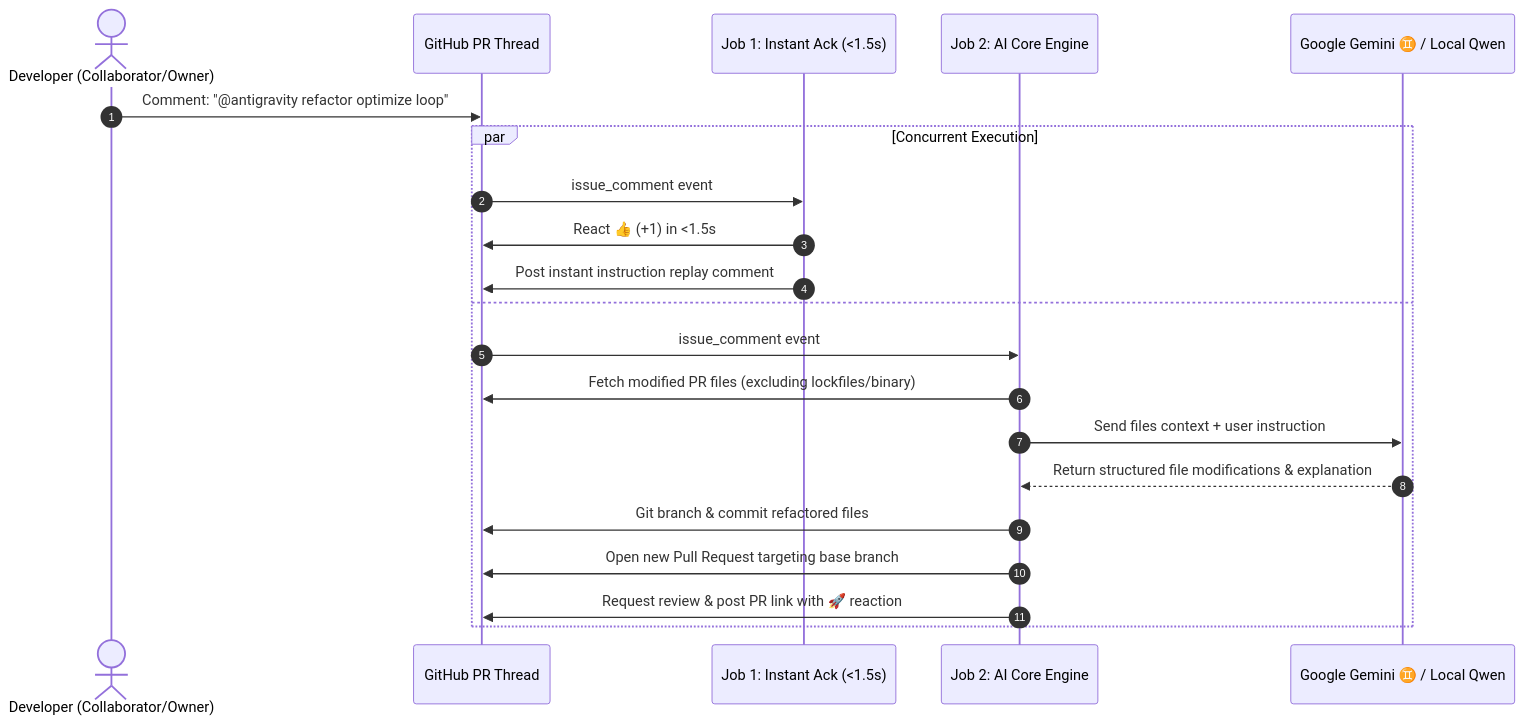
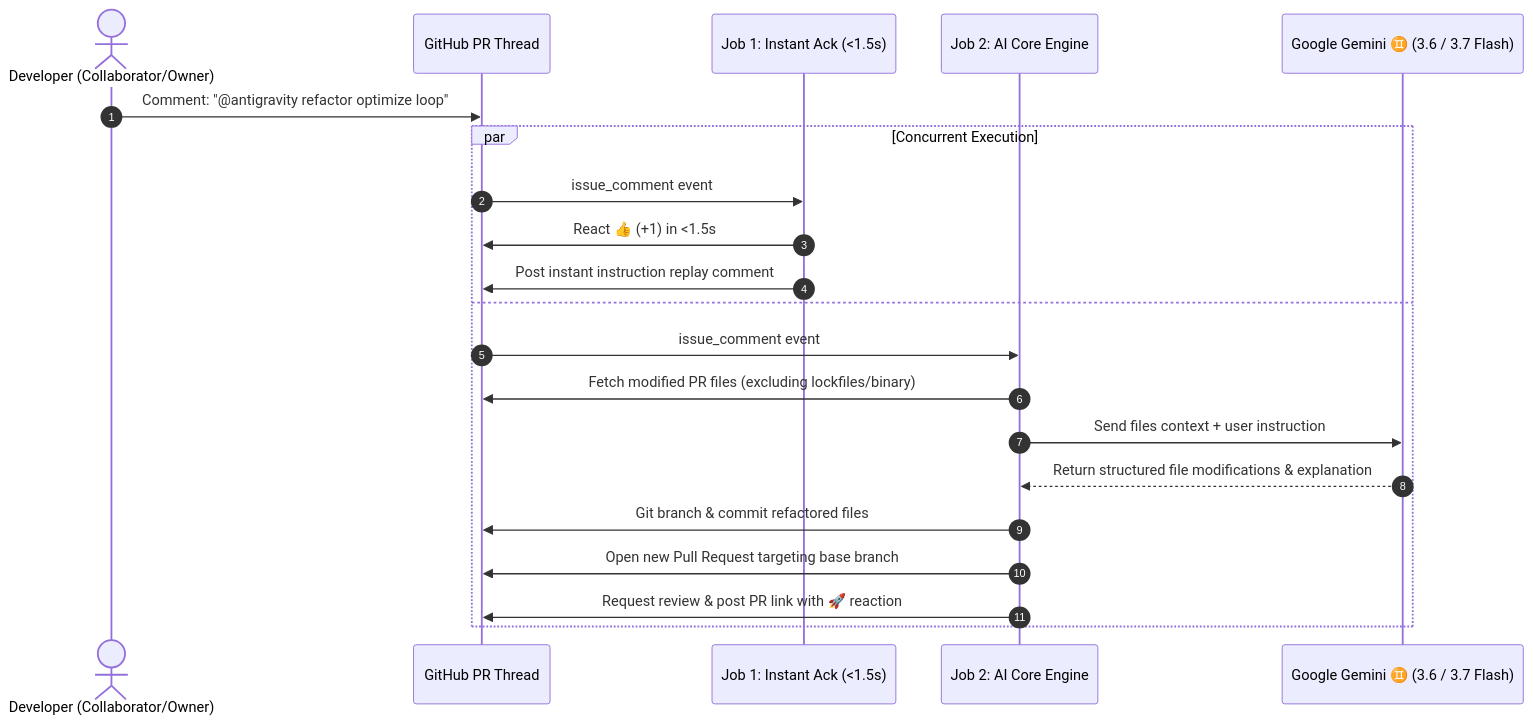
Before and after one commit to nivinvysakh/AntigravityCi: the diagram in README.md, drawn with Mermaid. The commit also changed other lines of this file and 5 other files, not shown here.

Commit message:
feat: streamline AntigravityCI to pure Google Gemini engine (removed local model for ultra-fast performance)

````diff
--- a/README.md
+++ b/README.md
@@ -213,24 +203,24 @@
 ```mermaid
 sequenceDiagram
     autonumber
     actor Collaborator as Developer (Collaborator/Owner)
     participant GH as GitHub PR Thread
     participant AckJob as Job 1: Instant Ack (<1.5s)
     participant EngineJob as Job 2: AI Core Engine
-    participant LLM as Google Gemini ♊ / Local Qwen
+    participant Gemini as Google Gemini ♊ (3.6 / 3.7 Flash)
 
     Collaborator->>GH: Comment: "@antigravity refactor optimize loop"
     par Concurrent Execution
         GH->>AckJob: issue_comment event
         AckJob->>GH: React 👍 (+1) in <1.5s
         AckJob->>GH: Post instant instruction replay comment
     and
         GH->>EngineJob: issue_comment event
         EngineJob->>GH: Fetch modified PR files (excluding lockfiles/binary)
-        EngineJob->>LLM: Send files context + user instruction
-        LLM-->>EngineJob: Return structured file modifications & explanation
+        EngineJob->>Gemini: Send files context + user instruction
+        Gemini-->>EngineJob: Return structured file modifications & explanation
         EngineJob->>GH: Git branch & commit refactored files
         EngineJob->>GH: Open new Pull Request targeting base branch
         EngineJob->>GH: Request review & post PR link with 🚀 reaction
     end
 ```
````
